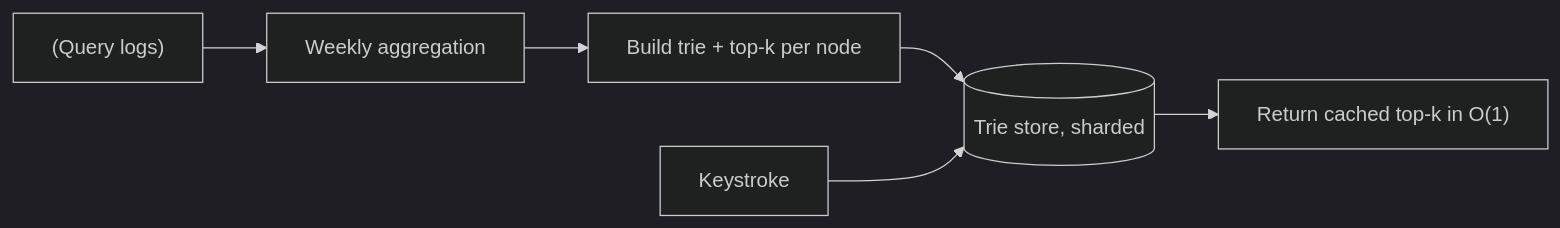
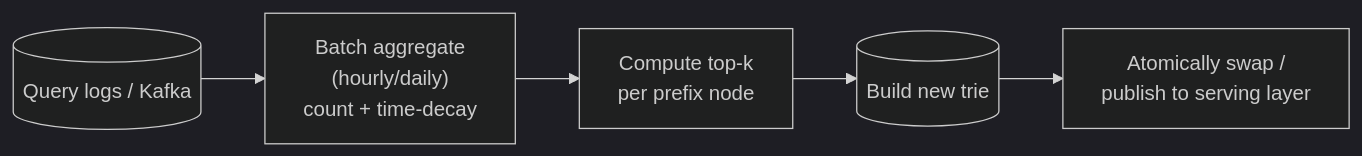
Before and after one commit to pankajThakur1874/studysheet: the sixth of 11 diagrams in files/07-design-questions/09-search-autocomplete.md, drawn with Mermaid (dark theme). The commit also changed other lines of this file and 6 other files, not shown here.

````diff
--- a/files/07-design-questions/09-search-autocomplete.md
+++ b/files/07-design-questions/09-search-autocomplete.md
@@ -485,5 +348,7 @@
 ```mermaid
 flowchart LR
-    Logs["(Query logs)"] --> Agg[Weekly aggregation] --> Build["Build trie + top-k per node"] --> TDB[("Trie store, sharded")]
-    Key[Keystroke] --> TDB --> TopK["Return cached top-k in O(1)"]
+    Logs[("Query logs / Kafka")] --> Agg["Batch aggregate<br/>(hourly/daily)<br/>count + time-decay"]
+    Agg --> TopK["Compute top-k<br/>per prefix node"]
+    TopK --> NewTrie[("Build new trie")]
+    NewTrie --> Swap["Atomically swap /<br/>publish to serving layer"]
 ```
````
